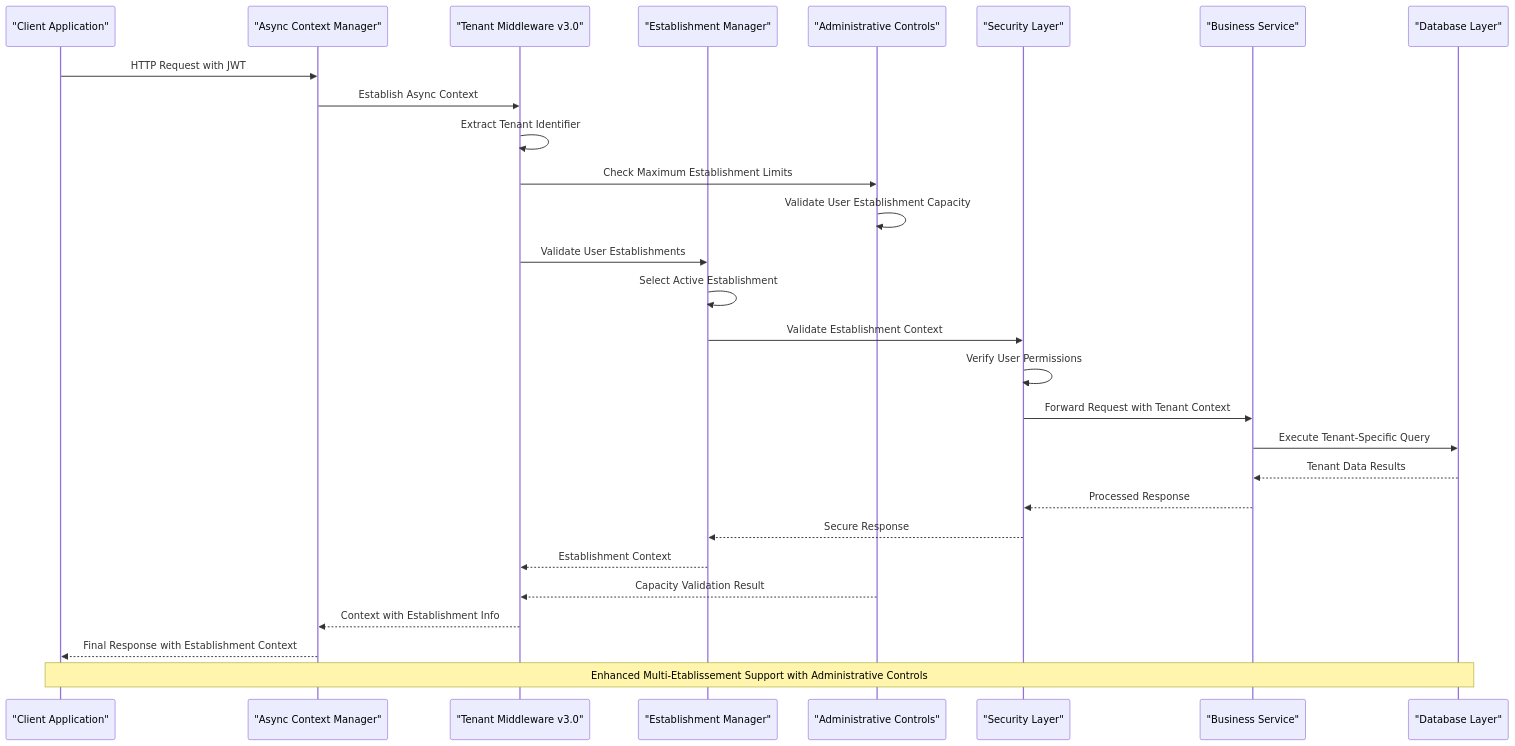
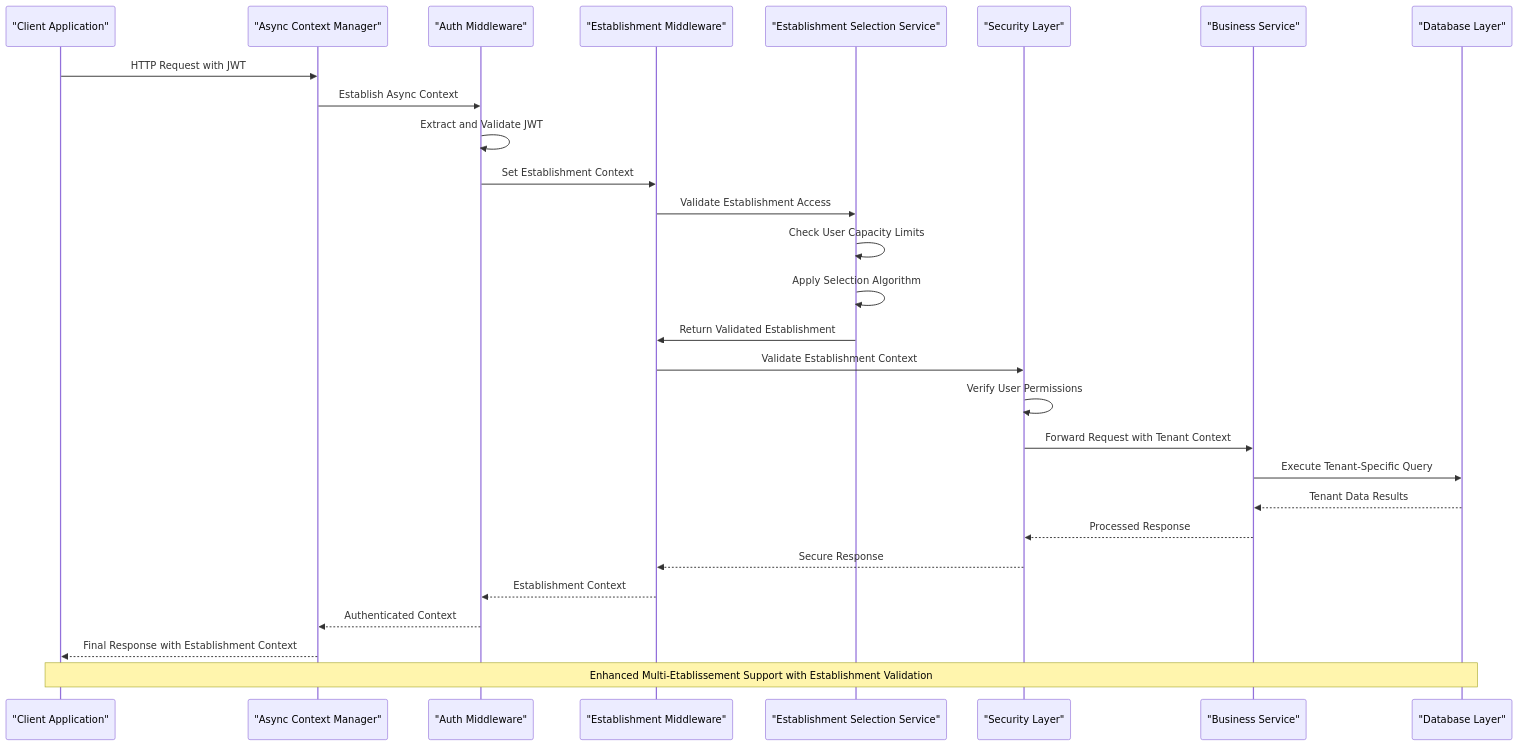
One commit to franckylab/eLISAschool changed the second of 11 diagrams in .qoder/repowiki/en/content/Architecture Overview/Multi-Tenant Architecture.md. Above: the diagram before and after it, drawn with Mermaid. The commit also changed other lines of this file and 53 other files, not shown here.

````diff
--- a/.qoder/repowiki/en/content/Architecture Overview/Multi-Tenant Architecture.md
+++ b/.qoder/repowiki/en/content/Architecture Overview/Multi-Tenant Architecture.md
@@ -160,30 +205,30 @@
 ```mermaid
 sequenceDiagram
 participant Client as "Client Application"
 participant Context as "Async Context Manager"
-participant Middleware as "Tenant Middleware v3.0"
-participant Establishment as "Establishment Manager"
-participant Admin as "Administrative Controls"
+participant Auth as "Auth Middleware"
+participant Establishment as "Establishment Middleware"
+participant EstablishmentService as "Establishment Selection Service"
 participant Security as "Security Layer"
 participant Service as "Business Service"
 participant Database as "Database Layer"
 Client->>Context : HTTP Request with JWT
-Context->>Middleware : Establish Async Context
-Middleware->>Middleware : Extract Tenant Identifier
-Middleware->>Admin : Check Maximum Establishment Limits
-Admin->>Admin : Validate User Establishment Capacity
-Middleware->>Establishment : Validate User Establishments
-Establishment->>Establishment : Select Active Establishment
+Context->>Auth : Establish Async Context
+Auth->>Auth : Extract and Validate JWT
+Auth->>Establishment : Set Establishment Context
+Establishment->>EstablishmentService : Validate Establishment Access
+EstablishmentService->>EstablishmentService : Check User Capacity Limits
+EstablishmentService->>EstablishmentService : Apply Selection Algorithm
+EstablishmentService->>Establishment : Return Validated Establishment
 Establishment->>Security : Validate Establishment Context
 Security->>Security : Verify User Permissions
 Security->>Service : Forward Request with Tenant Context
 Service->>Database : Execute Tenant-Specific Query
 Database-->>Service : Tenant Data Results
 Service-->>Security : Processed Response
 Security-->>Establishment : Secure Response
-Establishment-->>Middleware : Establishment Context
-Admin-->>Middleware : Capacity Validation Result
-Middleware-->>Context : Context with Establishment Info
+Establishment-->>Auth : Establishment Context
+Auth-->>Context : Authenticated Context
 Context-->>Client : Final Response with Establishment Context
-Note over Client,Database : Enhanced Multi-Etablissement Support with Administrative Controls
+Note over Client,Database : Enhanced Multi-Etablissement Support with Establishment Validation
 ```
````
